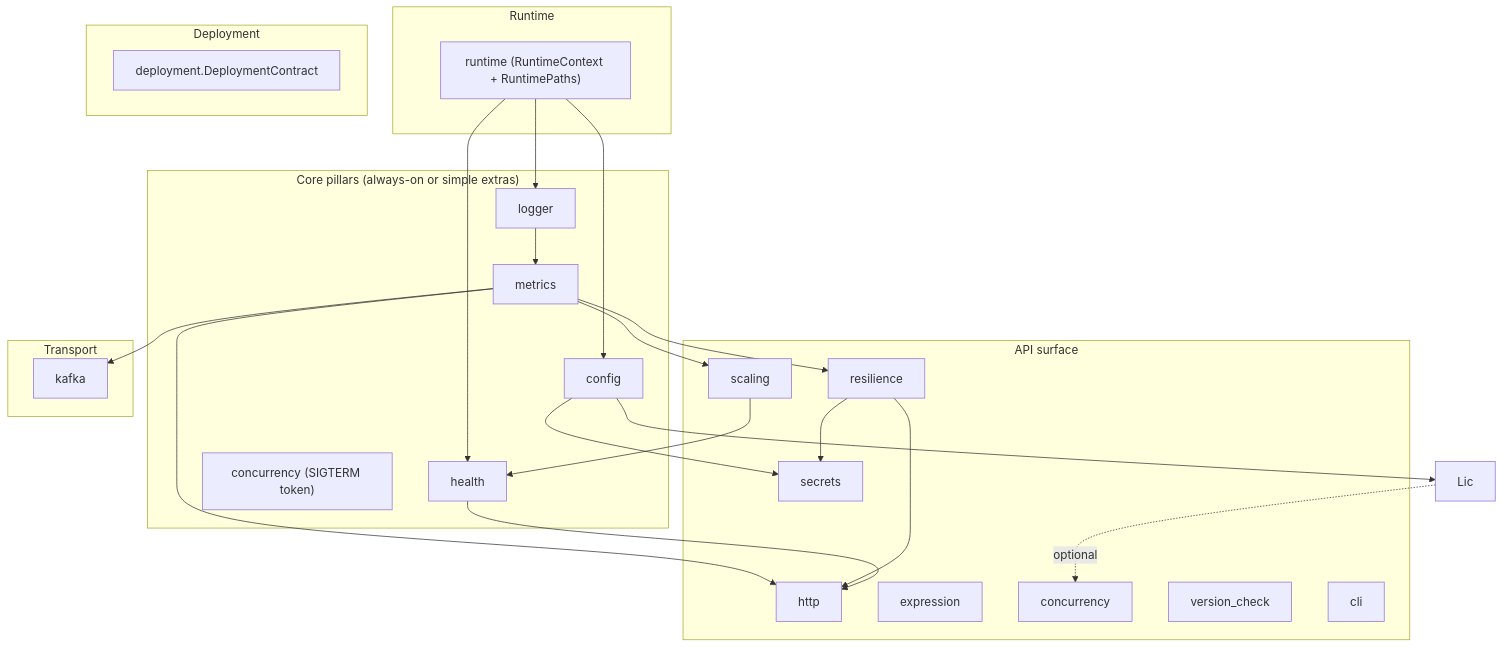
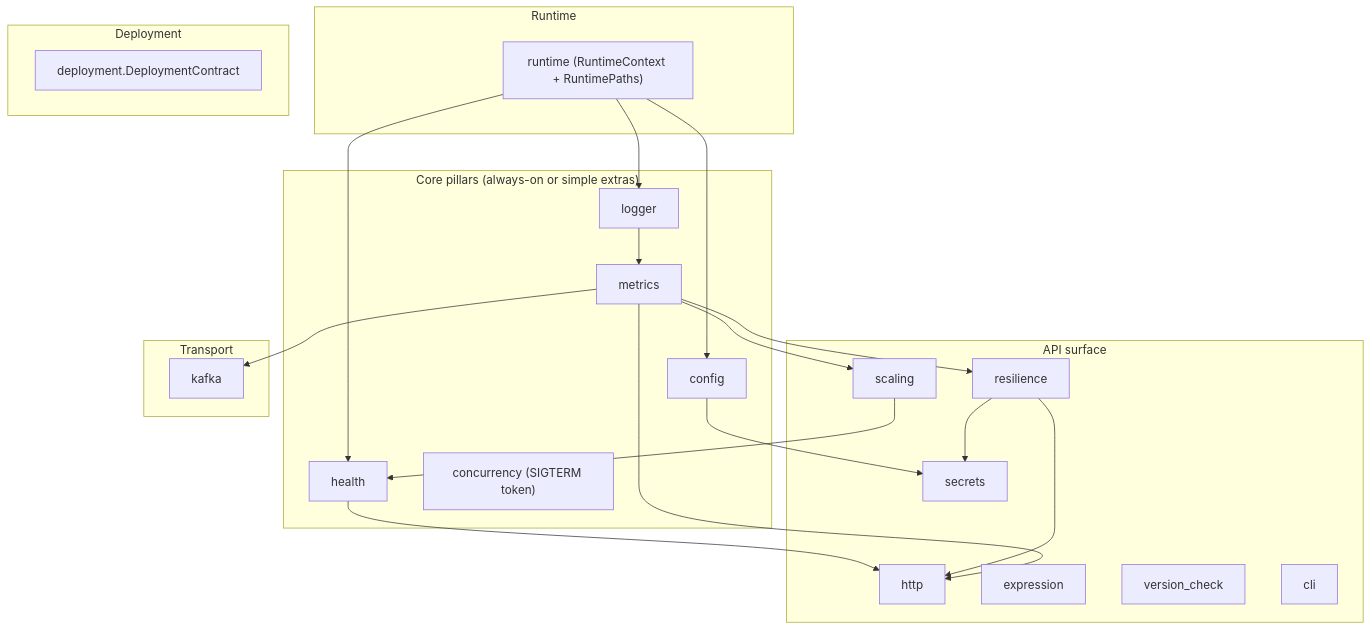
One commit to hyperi-io/scalo-py changed the diagram in docs/ARCHITECTURE.md. Above: the diagram before and after it, drawn with Mermaid. The commit also changed other lines of this file and 2 other files, not shown here.

Commit message:
docs: fix pypi badge + diagram drift
Build Status badge 404s on PyPI: the repo is private, so GitHub's
Actions badge SVG is not anonymously fetchable (shields.io can't read
it either). Drop the badge, keep the markdown in a comment to re-add at
the public-visibility flip.

Audit drift fixes:
- README: add the missing `deployment` extra to the modules + sizes
  tables (it was already in the install example).
- ARCHITECTURE.md: drop the undefined `Lic` ghost node + its edges,
  remove the duplicate `concurrency` node (Conc), tidy the now-orphaned
  dotted-arrow legend.
- EXTRAS-FLAGS.md: drop the same `Lic` edge and the stale `cache`
  native-deps rows (module dropped in 18f7561).

````diff
--- a/docs/ARCHITECTURE.md
+++ b/docs/ARCHITECTURE.md
@@ -34,55 +34,51 @@
 ```mermaid
 flowchart TB
     subgraph Pillars["Core pillars (always-on or simple extras)"]
         Config["config"]
         Logger["logger"]
         Metrics["metrics"]
         Health["health"]
         Shutdown["concurrency (SIGTERM token)"]
     end
 
     subgraph Runtime["Runtime"]
         Rt["runtime (RuntimeContext + RuntimePaths)"]
     end
 
     subgraph API["API surface"]
         HTTP["http"]
         Secrets["secrets"]
         Expr["expression"]
         Resil["resilience"]
-        Conc["concurrency"]
         VC["version_check"]
         Scal["scaling"]
         CLI["cli"]
     end
 
     subgraph Transport["Transport"]
         Kafka["kafka"]
     end
 
     subgraph Deploy["Deployment"]
         DC["deployment.DeploymentContract"]
     end
 
     Rt --> Config
     Rt --> Logger
     Rt --> Health
 
     Config --> Secrets
-    Config --> Lic
 
     Logger --> Metrics
 
     Metrics --> HTTP
     Metrics --> Kafka
     Metrics --> Resil
     Metrics --> Scal
 
     Resil --> HTTP
     Resil --> Secrets
 
     Health --> HTTP
     Scal --> Health
-
-    Lic -.optional.-> Conc
 ```
````
